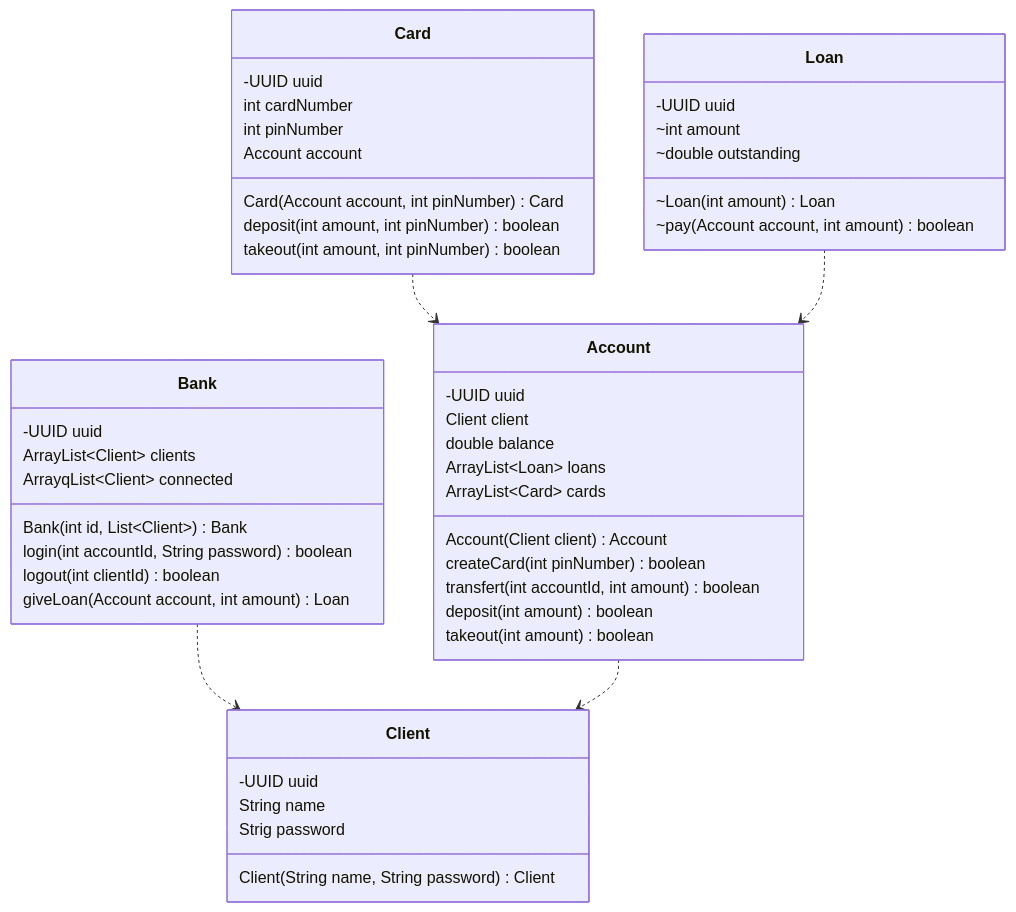
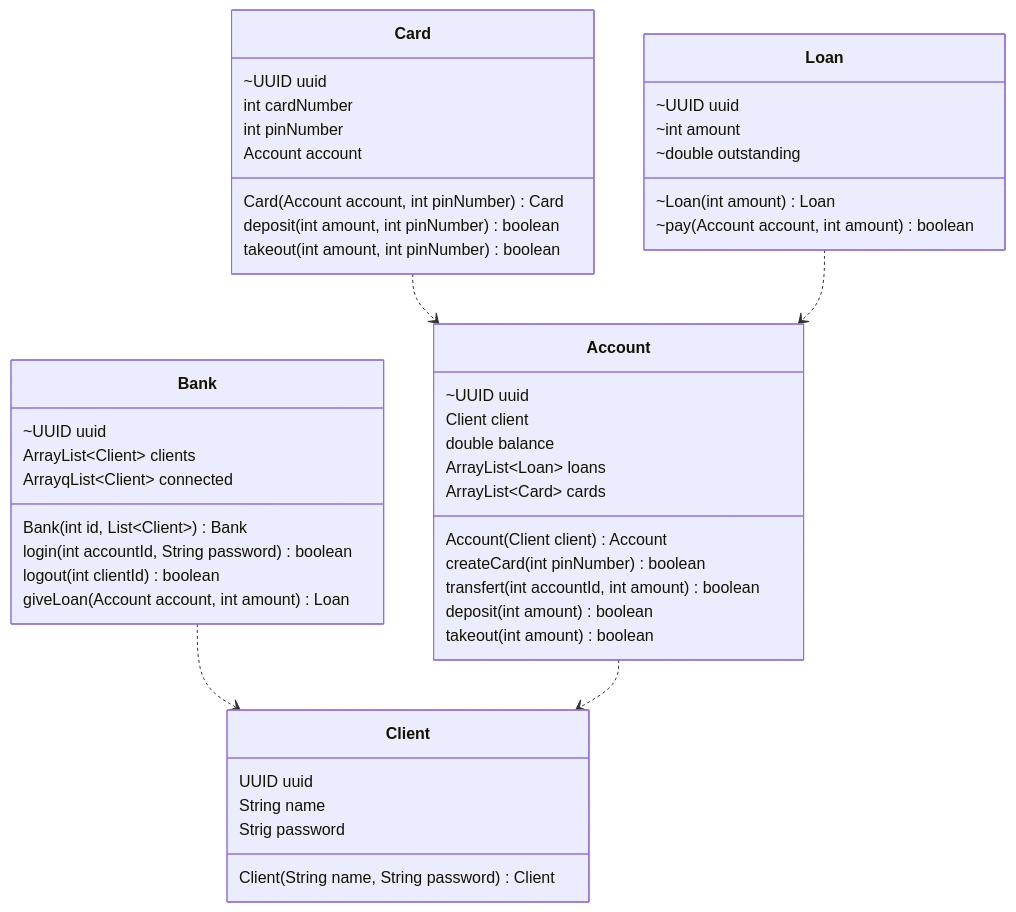
Before and after one commit to L-Clem/GitHooks: the diagram in README.md, drawn with Mermaid.

````diff
--- a/README.md
+++ b/README.md
@@ -50,60 +50,60 @@
 ```mermaid
 classDiagram
     Bank ..> Client
     Account ..> Client
     Card ..> Account
     Loan ..> Account
 
     class Client{
-        -UUID uuid
+        UUID uuid
         String name
         Strig password
 
         Client(String name, String password) Client
     }
 
     class Bank{
-        -UUID uuid
+        ~UUID uuid
         ArrayList~Client~ clients
         ArrayqList~Client~ connected
 
         Bank(int id, List~Client~) Bank
         login(int accountId, String password) boolean
         logout(int clientId) boolean
         giveLoan(Account account, int amount) Loan
     }
 
     class Account{
-        -UUID uuid
+        ~UUID uuid
         Client client
         double balance
         ArrayList~Loan~ loans
         ArrayList~Card~ cards
 
         Account(Client client) Account
         createCard(int pinNumber) boolean
         transfert(int accountId, int amount) boolean
         deposit(int amount) boolean
         takeout(int amount) boolean
     }
 
     class Card{
-        -UUID uuid
+        ~UUID uuid
         int cardNumber
         int pinNumber
         Account account
 
         Card(Account account, int pinNumber) Card
         deposit(int amount, int pinNumber) boolean
         takeout(int amount, int pinNumber) boolean
     }
 
     class Loan{
-        -UUID uuid
+        ~UUID uuid
         ~int amount
         ~double outstanding
 
         ~Loan(int amount) Loan
         ~pay(Account account, int amount) boolean
     }
 ```
````
